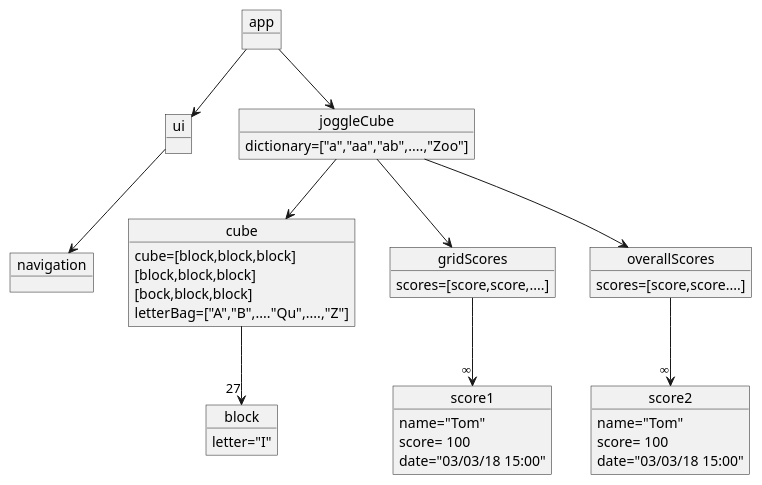
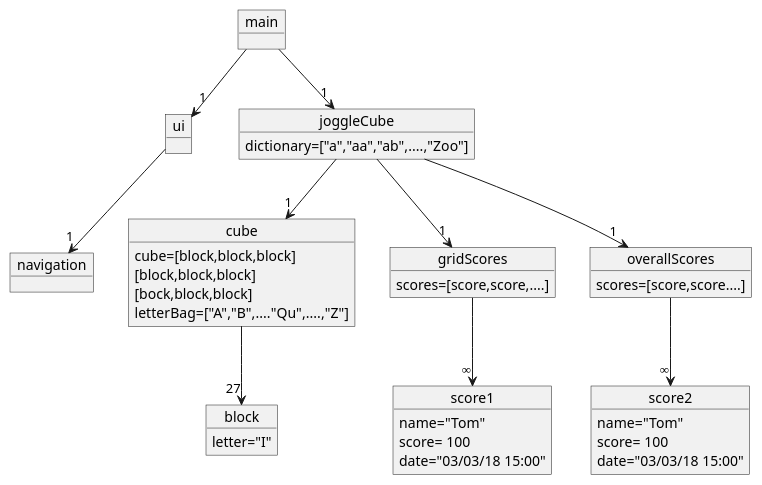
The diagram in docs/Object Diagrams/Cube.pu (rhys3010/JoggleCube), drawn with PlantUML before and after one commit. The commit also changed 27 other files, not shown here.

```diff
--- a/docs/Object Diagrams/Cube.pu
+++ b/docs/Object Diagrams/Cube.pu
@@ -1,54 +1,54 @@
 @startuml Obect Diagram
 
-object app
+object main
 object ui
 object navigation
 
 object joggleCube {
     dictionary=["a","aa","ab",....,"Zoo"]
 }
 
 object cube {
     cube=[block,block,block]
             [block,block,block]
             [bock,block,block]
     letterBag=["A","B",...."Qu",....,"Z"]
     
 }
 
 object block {
     letter="I"
 }
 
 object gridScores {
     scores=[score,score,....]
 }
 
 object overallScores {
     scores=[score,score....]
 }
 
 object score1 {
     name="Tom"
     score= 100
     date="03/03/18 15:00"
 }
 object score2 {
     name="Tom"
     score= 100
     date="03/03/18 15:00"
 }
 
-joggleCube --> gridScores
-joggleCube --> overallScores
-joggleCube --> cube
+joggleCube --> "1" gridScores
+joggleCube --> "1" overallScores
+joggleCube --> "1" cube
 
 gridScores --> "∞" score1
 overallScores --> "∞" score2
 
 cube --> "27" block
 
-app --> joggleCube
-app --> ui
-ui --> navigation
+main --> "1" joggleCube
+main --> "1" ui
+ui --> "1" navigation
 @enduml
```
